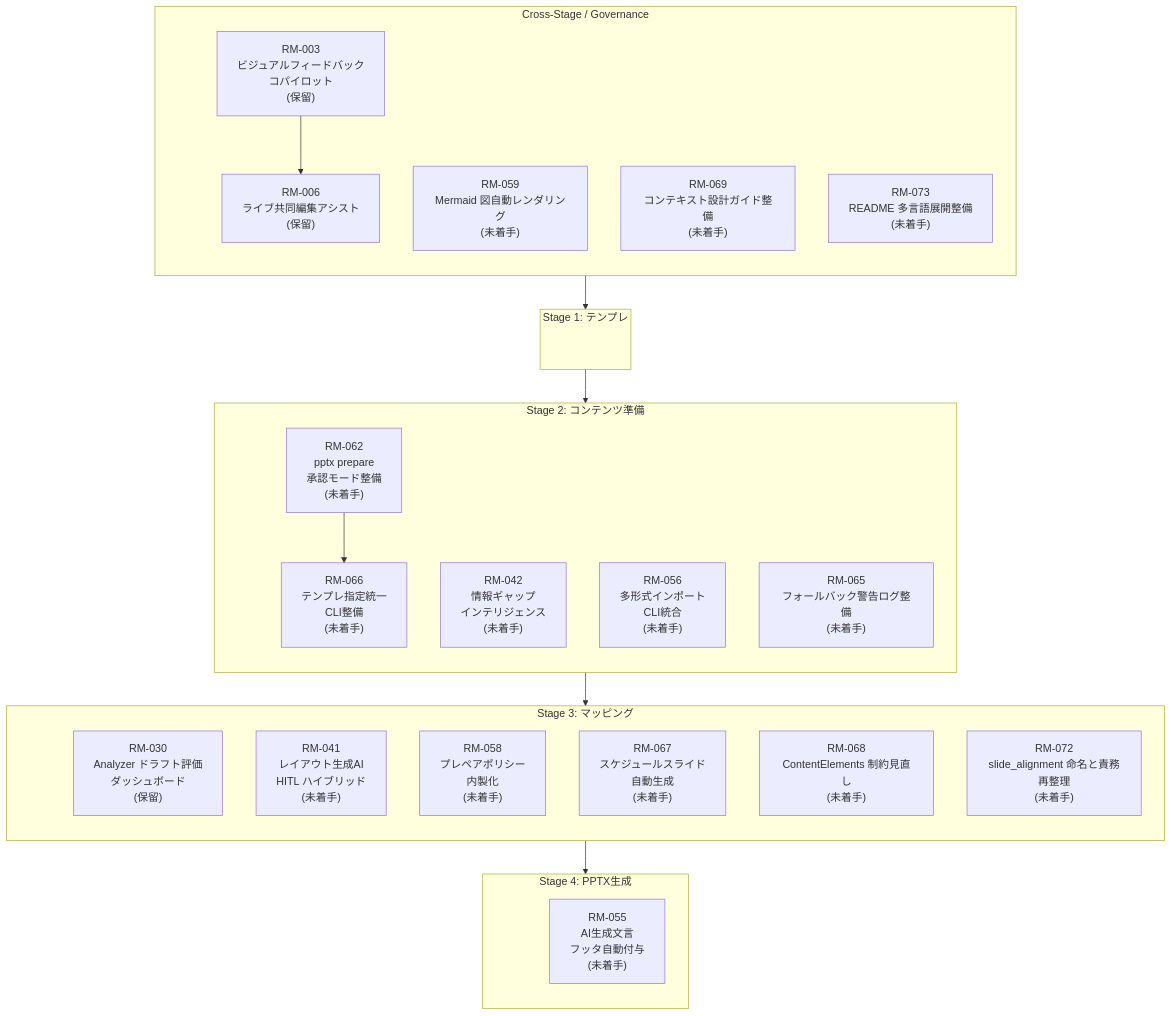
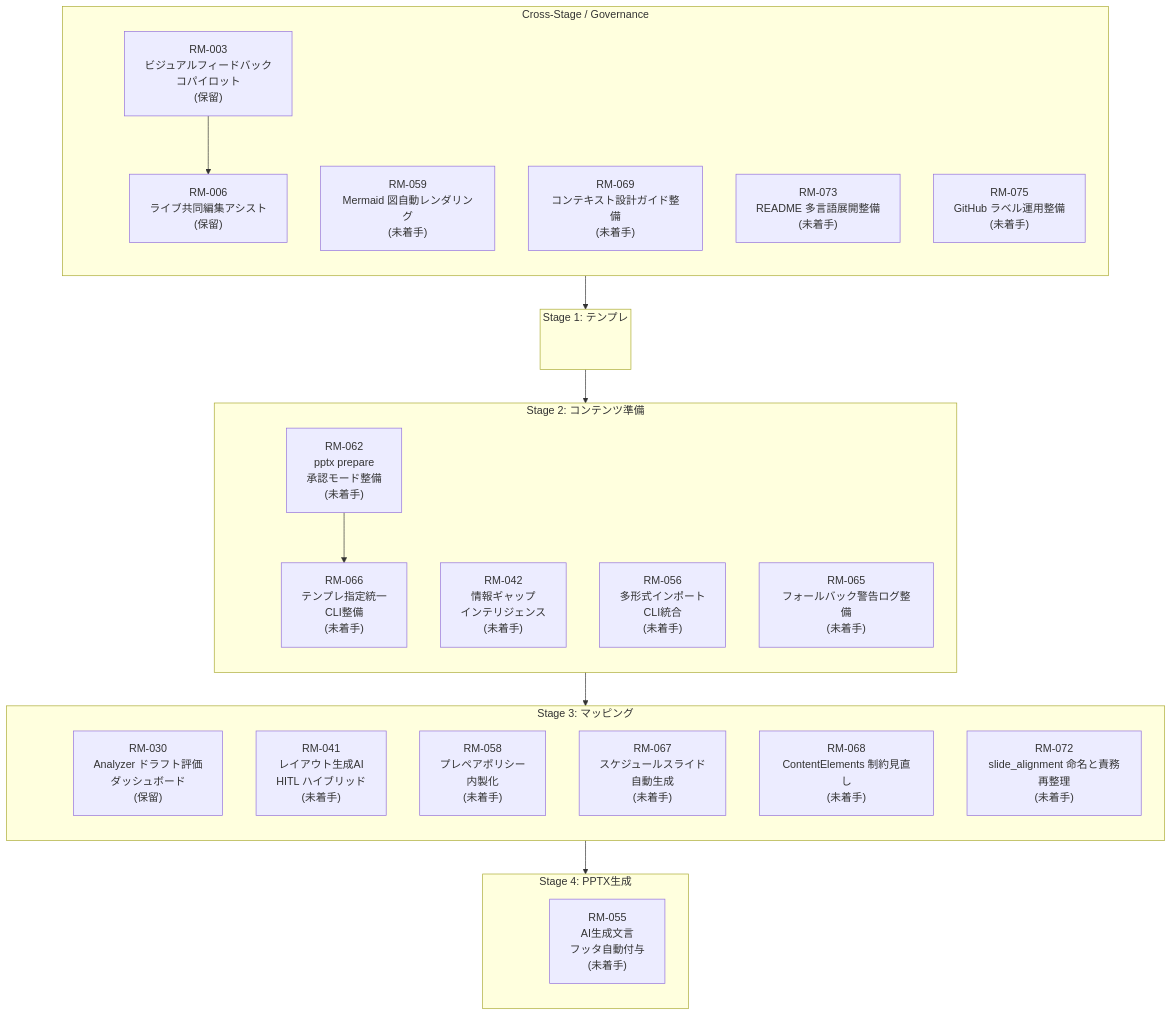
Before and after one commit to yurake/pptx_generator: the diagram in docs/roadmap/roadmap.md, drawn with Mermaid. The commit also changed other lines of this file and 9 other files, not shown here.

````diff
--- a/docs/roadmap/roadmap.md
+++ b/docs/roadmap/roadmap.md
@@ -25,55 +25,56 @@
 ```mermaid
 flowchart TB
     subgraph GOV["Cross-Stage / Governance"]
         direction TB
         GOV_ANCHOR(( ))
         RM003["RM-003<br/>ビジュアルフィードバック<br/>コパイロット<br/>(保留)"]
         RM006["RM-006<br/>ライブ共同編集アシスト<br/>(保留)"]
         RM059["RM-059<br/>Mermaid 図自動レンダリング<br/>(未着手)"]
         RM069["RM-069<br/>コンテキスト設計ガイド整備<br/>(未着手)"]
         RM073["RM-073<br/>README 多言語展開整備<br/>(未着手)"]
+        RM075["RM-075<br/>GitHub ラベル運用整備<br/>(未着手)"]
     end
 
     subgraph ST1["Stage 1: テンプレ"]
         direction TB
         ST1_ANCHOR(( ))
     end
 
     subgraph ST2["Stage 2: コンテンツ準備"]
         direction TB
         ST2_ANCHOR(( ))
         RM042["RM-042<br/>情報ギャップ<br/>インテリジェンス<br/>(未着手)"]
         RM056["RM-056<br/>多形式インポート<br/>CLI統合<br/>(未着手)"]
         RM062["RM-062<br/>pptx prepare<br/>承認モード整備<br/>(未着手)"]
         RM065["RM-065<br/>フォールバック警告ログ整備<br/>(未着手)"]
         RM066["RM-066<br/>テンプレ指定統一<br/>CLI整備<br/>(未着手)"]
     end
 
     subgraph ST3["Stage 3: マッピング"]
         direction TB
         ST3_ANCHOR(( ))
         RM030["RM-030<br/>Analyzer ドラフト評価<br/>ダッシュボード<br/>(保留)"]
         RM041["RM-041<br/>レイアウト生成AI<br/>HITL ハイブリッド<br/>(未着手)"]
         RM058["RM-058<br/>プレペアポリシー<br/>内製化<br/>(未着手)"]
         RM067["RM-067<br/>スケジュールスライド<br/>自動生成<br/>(未着手)"]
         RM068["RM-068<br/>ContentElements 制約見直し<br/>(未着手)"]
         RM072["RM-072<br/>slide_alignment 命名と責務再整理<br/>(未着手)"]
     end
 
     subgraph ST4["Stage 4: PPTX生成"]
         direction TB
         ST4_ANCHOR(( ))
         RM055["RM-055<br/>AI生成文言<br/>フッタ自動付与<br/>(未着手)"]
     end
 
     style GOV_ANCHOR fill:transparent,stroke:transparent
     style ST1_ANCHOR fill:transparent,stroke:transparent
     style ST2_ANCHOR fill:transparent,stroke:transparent
     style ST3_ANCHOR fill:transparent,stroke:transparent
     style ST4_ANCHOR fill:transparent,stroke:transparent
 
     GOV_ANCHOR --> ST1_ANCHOR --> ST2_ANCHOR --> ST3_ANCHOR --> ST4_ANCHOR
 
     RM003 --> RM006
     RM062 --> RM066
 ```
````
